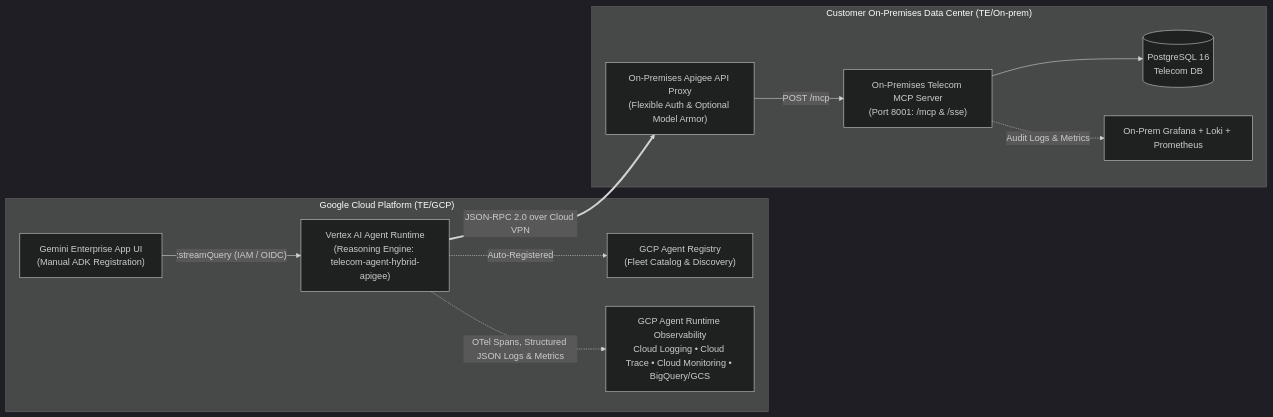
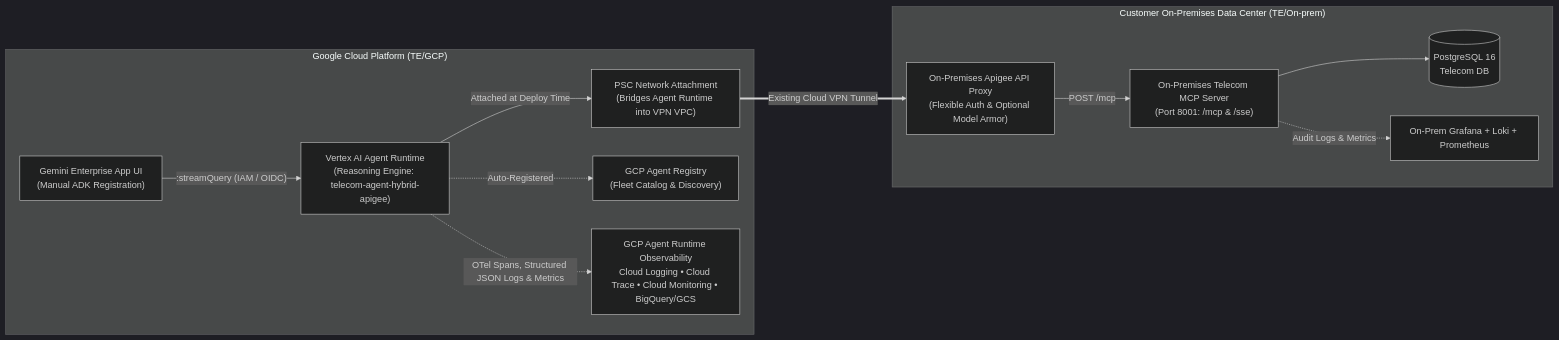
Before and after one commit to pradeesi/TE: the diagram in GCP/README.md, drawn with Mermaid (dark theme). The commit also changed other lines of this file and 3 other files, not shown here.

Commit message:
docs(gcp): add dedicated Pre-Deployment PSC Network Attachment section before Cloud Shell agent installation

````diff
--- a/GCP/README.md
+++ b/GCP/README.md
@@ -17,24 +17,26 @@
 ```mermaid
 flowchart LR
     subgraph GCP["Google Cloud Platform (TE/GCP)"]
         GE["Gemini Enterprise App UI<br/>(Manual ADK Registration)"]
         AR["Vertex AI Agent Runtime<br/>(Reasoning Engine: telecom-agent-hybrid-apigee)"]
+        PSC["PSC Network Attachment<br/>(Bridges Agent Runtime into VPN VPC)"]
         REG["GCP Agent Registry<br/>(Fleet Catalog & Discovery)"]
         OBS["GCP Agent Runtime Observability<br/>Cloud Logging • Cloud Trace • Cloud Monitoring • BigQuery/GCS"]
     end
 
     subgraph ONPREM["Customer On-Premises Data Center (TE/On-prem)"]
         APIGEE["On-Premises Apigee API Proxy<br/>(Flexible Auth & Optional Model Armor)"]
         MCP["On-Premises Telecom MCP Server<br/>(Port 8001: /mcp & /sse)"]
         PG[("PostgreSQL 16<br/>Telecom DB")]
         LOKI["On-Prem Grafana + Loki + Prometheus"]
     end
 
     GE -->|":streamQuery (IAM / OIDC)"| AR
     AR -.->|"Auto-Registered"| REG
     AR -.->|"OTel Spans, Structured JSON Logs & Metrics"| OBS
-    AR ==>|"JSON-RPC 2.0 over Cloud VPN"| APIGEE
+    AR -->|"Attached at Deploy Time"| PSC
+    PSC ==>|"Existing Cloud VPN Tunnel"| APIGEE
     APIGEE -->|"POST /mcp"| MCP
     MCP --> PG
     MCP -.->|"Audit Logs & Metrics"| LOKI
 ```
````
